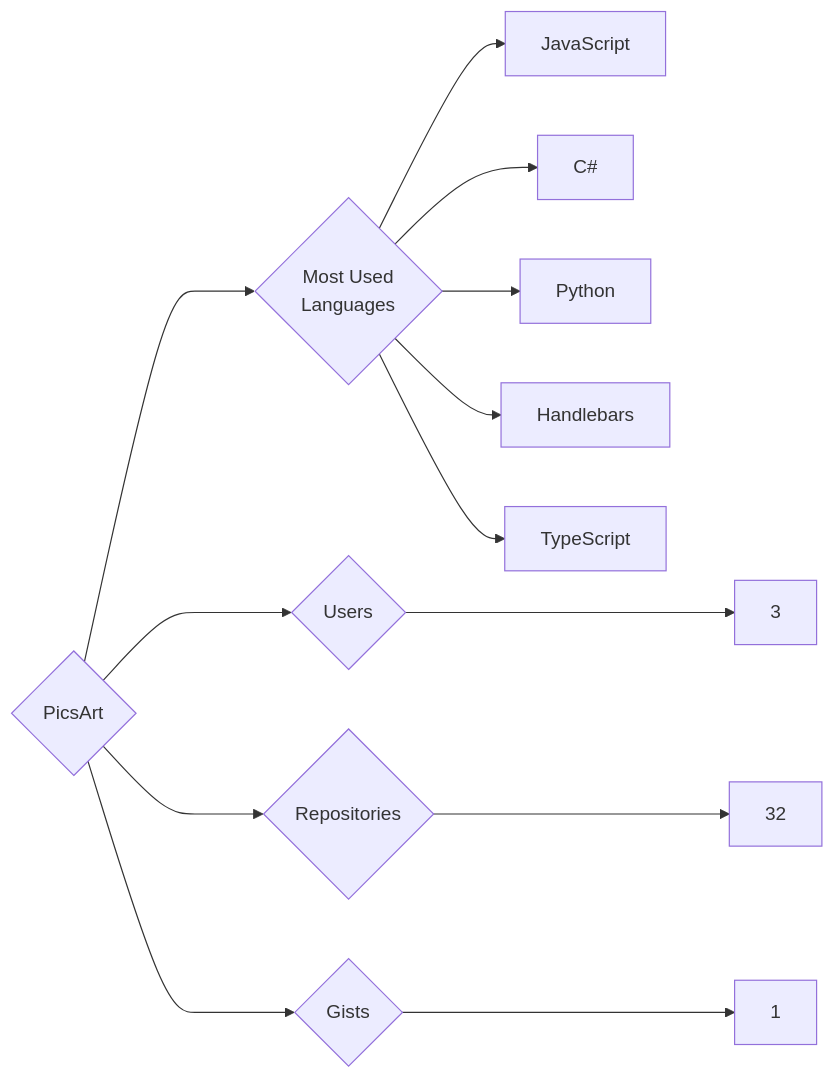
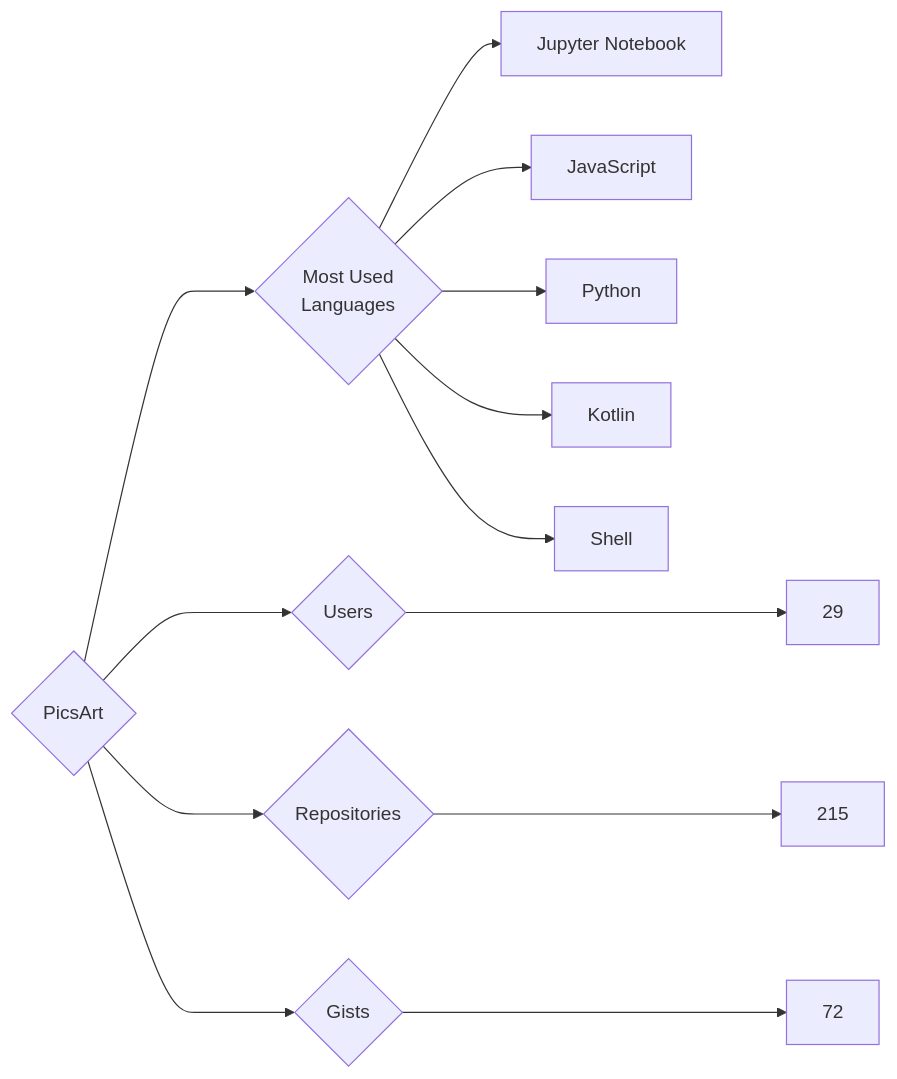
Before and after one commit to trickest/insiders: the diagram in targets/PicsArt/README.md, drawn with Mermaid. The commit also changed 799 other files, not shown here.

````diff
--- a/targets/PicsArt/README.md
+++ b/targets/PicsArt/README.md
@@ -3,13 +3,13 @@
 ```mermaid
 graph LR
 COMPANY_NAME{PicsArt}
-COMPANY_NAME ---> U{Users} ---> UN[3]
-COMPANY_NAME ---> R{Repositories} ---> RN[32]
-COMPANY_NAME ---> G{Gists} ---> GN[1]
+COMPANY_NAME ---> U{Users} ---> UN[29]
+COMPANY_NAME ---> R{Repositories} ---> RN[215]
+COMPANY_NAME ---> G{Gists} ---> GN[72]
 COMPANY_NAME ---> ML{Most Used<br>Languages}
+ML --> Jupyter_Notebook[Jupyter Notebook]
 ML --> JavaScript[JavaScript]
-ML --> C#[C#]
 ML --> Python[Python]
-ML --> Handlebars[Handlebars]
-ML --> TypeScript[TypeScript]
+ML --> Kotlin[Kotlin]
+ML --> Shell[Shell]
 ```
````
